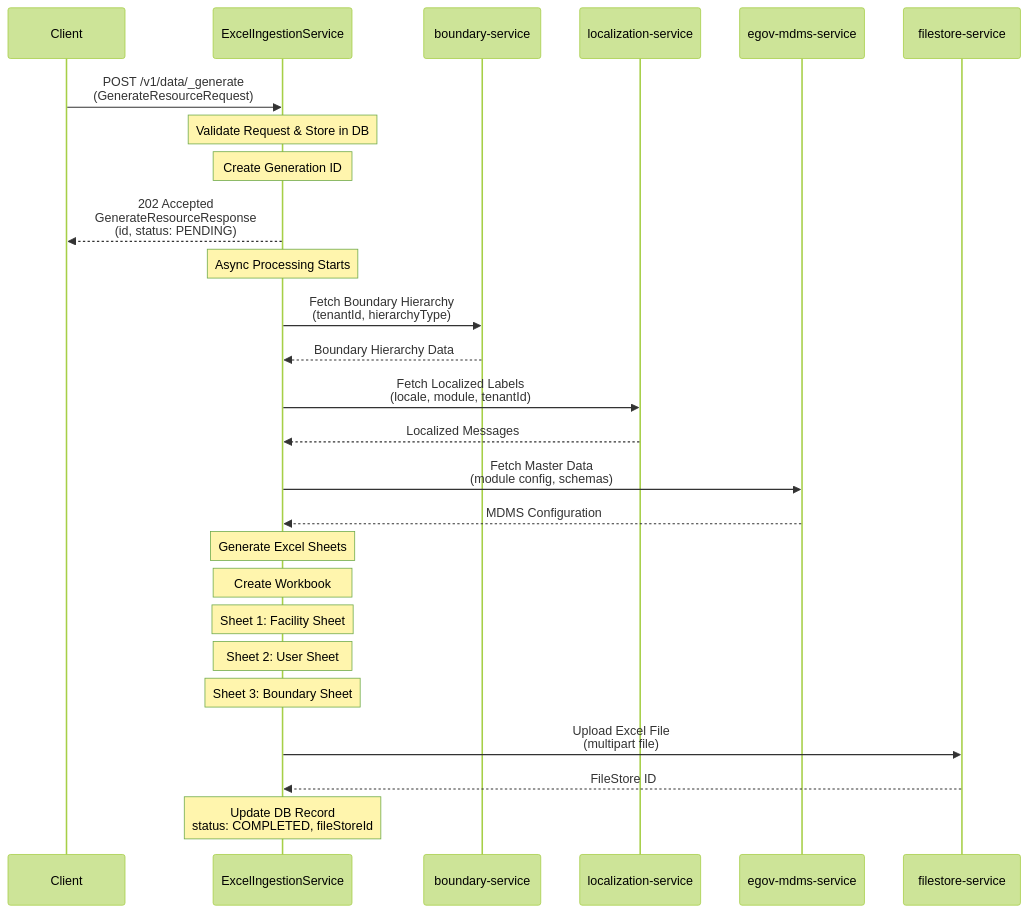
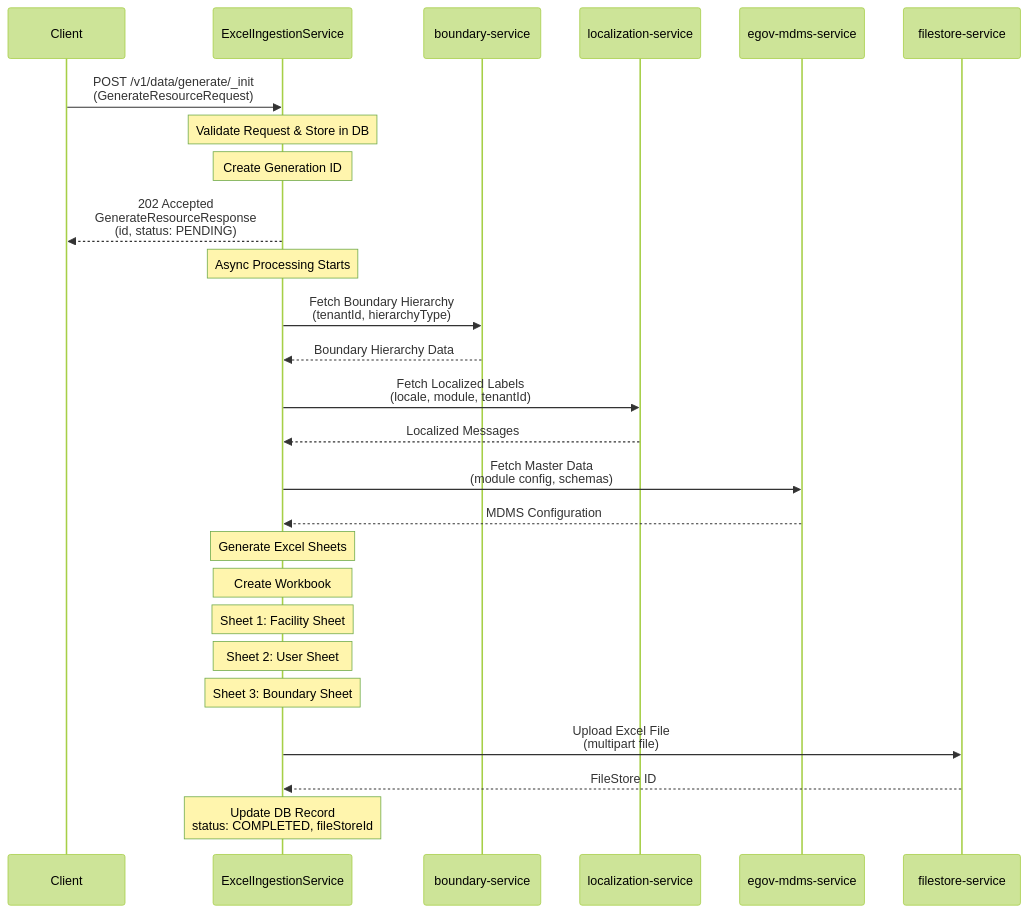
Before and after one commit to egovernments/health-campaign-services: the first of 8 diagrams in health-services/excel-ingestion/README.md, drawn with Mermaid (forest theme). The commit also changed other lines of this file, not shown here.

Commit message:
update README.md for excel-ingestion

````diff
--- a/health-services/excel-ingestion/README.md
+++ b/health-services/excel-ingestion/README.md
@@ -9,38 +9,38 @@
 ```mermaid
 sequenceDiagram
     participant Client
     participant ExcelIngestionService
     participant boundary-service
     participant localization-service
     participant egov-mdms-service
     participant filestore-service
     
-    Client->>ExcelIngestionService: POST /v1/data/_generate<br/>(GenerateResourceRequest)
+    Client->>ExcelIngestionService: POST /v1/data/generate/_init<br/>(GenerateResourceRequest)
     
     Note over ExcelIngestionService: Validate Request & Store in DB
     Note over ExcelIngestionService: Create Generation ID
     
     ExcelIngestionService-->>Client: 202 Accepted<br/>GenerateResourceResponse<br/>(id, status: PENDING)
     
     Note over ExcelIngestionService: Async Processing Starts
     
     ExcelIngestionService->>boundary-service: Fetch Boundary Hierarchy<br/>(tenantId, hierarchyType)
     boundary-service-->>ExcelIngestionService: Boundary Hierarchy Data
     
     ExcelIngestionService->>localization-service: Fetch Localized Labels<br/>(locale, module, tenantId)
     localization-service-->>ExcelIngestionService: Localized Messages
     
     ExcelIngestionService->>egov-mdms-service: Fetch Master Data<br/>(module config, schemas)
     egov-mdms-service-->>ExcelIngestionService: MDMS Configuration
     
     Note over ExcelIngestionService: Generate Excel Sheets
     Note over ExcelIngestionService: Create Workbook
     Note over ExcelIngestionService: Sheet 1: Facility Sheet
     Note over ExcelIngestionService: Sheet 2: User Sheet
     Note over ExcelIngestionService: Sheet 3: Boundary Sheet
     
     ExcelIngestionService->>filestore-service: Upload Excel File<br/>(multipart file)
     filestore-service-->>ExcelIngestionService: FileStore ID
     
     Note over ExcelIngestionService: Update DB Record<br/>status: COMPLETED, fileStoreId
 ```
````
